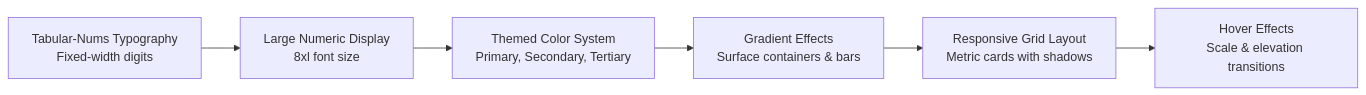
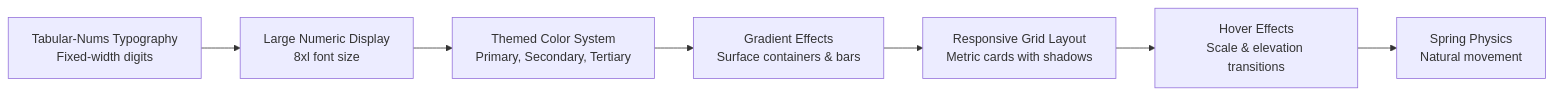
One commit to subash7781/Portfolio changed the sixth of 7 diagrams in .qoder/repowiki/en/content/Component Library & UI Elements/ImpactSection Component.md. Above: the diagram before and after it, drawn with Mermaid. The commit also changed other lines of this file and 8 other files, not shown here.

````diff
--- a/.qoder/repowiki/en/content/Component Library & UI Elements/ImpactSection Component.md
+++ b/.qoder/repowiki/en/content/Component Library & UI Elements/ImpactSection Component.md
@@ -186,8 +207,9 @@
 ```mermaid
 graph LR
 Typography["Tabular-Nums Typography<br/>Fixed-width digits"] --> Numbers["Large Numeric Display<br/>8xl font size"]
 Numbers --> Colors["Themed Color System<br/>Primary, Secondary, Tertiary"]
 Colors --> Gradients["Gradient Effects<br/>Surface containers & bars"]
 Gradients --> Layout["Responsive Grid Layout<br/>Metric cards with shadows"]
 Layout --> Interactions["Hover Effects<br/>Scale & elevation transitions"]
+Interactions --> Animations["Spring Physics<br/>Natural movement"]
 ```
````
